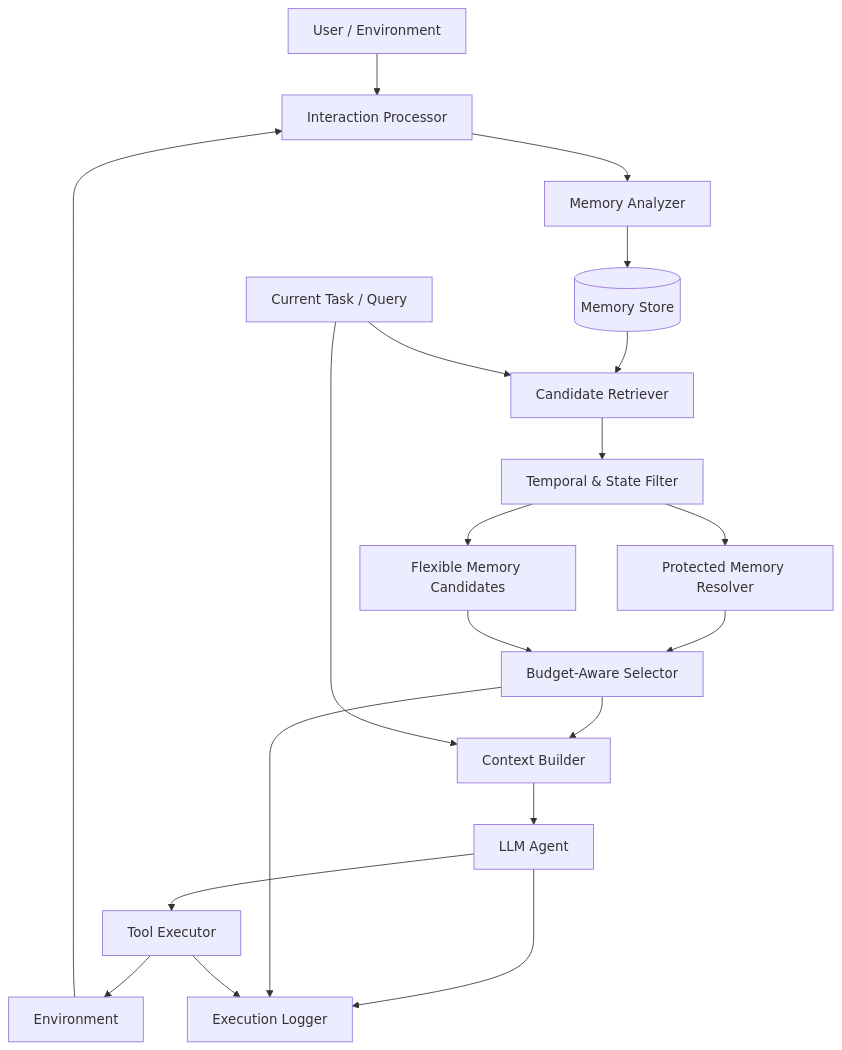
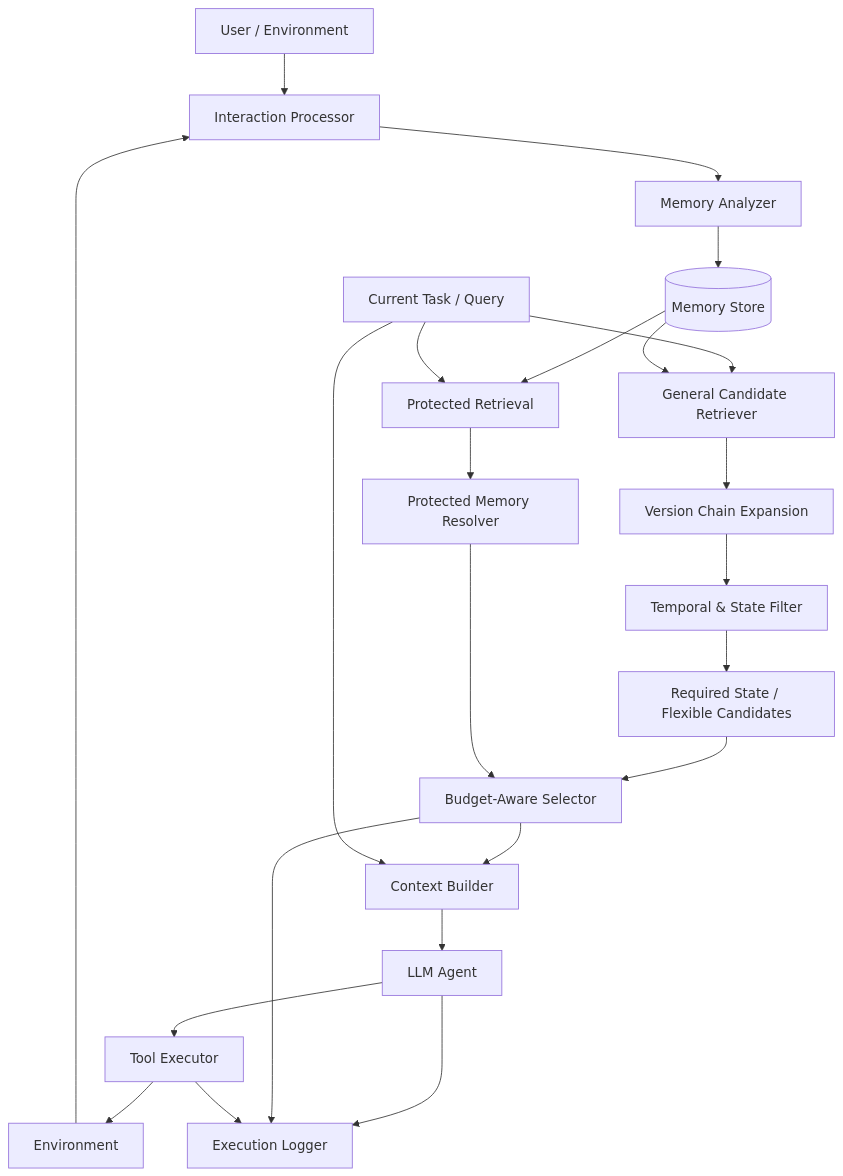
Before and after one commit to HanyangTechAI/2026-2-HAI-ProjectTeam1: the diagram in docs/architecture.md, drawn with Mermaid. The commit also changed other lines of this file and 1 other file, not shown here.

Commit message:
feat: Update architectuer and algorithms

````diff
--- a/docs/architecture.md
+++ b/docs/architecture.md
@@ -139,37 +148,40 @@
 ```mermaid
 flowchart TD
 
     U[User / Environment] --> I[Interaction Processor]
 
     I --> MA[Memory Analyzer]
 
     MA --> MS[(Memory Store)]
 
-    MS --> R[Candidate Retriever]
+    Q[Current Task / Query] --> R[General Candidate Retriever]
+    MS --> R
 
-    Q[Current Task / Query] --> R
+    R --> VE[Version Chain Expansion]
+    VE --> TF[Temporal & State Filter]
 
-    R --> TF[Temporal & State Filter]
+    MS --> PR[Protected Retrieval]
+    Q --> PR
 
-    TF --> PS[Protected Memory Resolver]
-    TF --> FS[Flexible Memory Candidates]
+    TF --> RS[Required State / Flexible Candidates]
+    PR --> PS[Protected Memory Resolver]
 
-    PS --> BAS[Budget-Aware Selector]
-    FS --> BAS
+    RS --> BAS[Budget-Aware Selector]
+    PS --> BAS
 
     BAS --> CB[Context Builder]
 
     Q --> CB
 
     CB --> A[LLM Agent]
 
     A --> TE[Tool Executor]
 
     TE --> ENV[Environment]
 
     ENV --> I
 
     A --> LOG[Execution Logger]
     BAS --> LOG
     TE --> LOG
 ```
````
